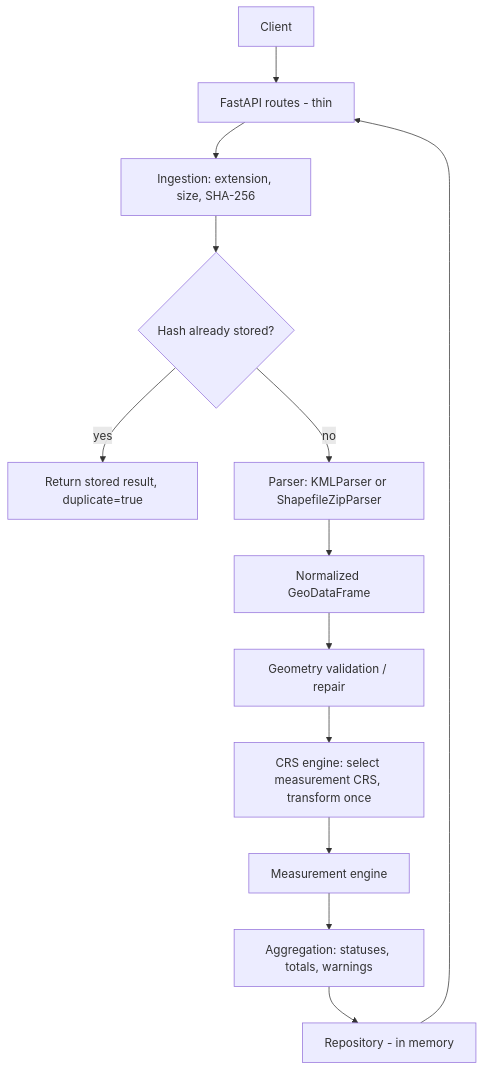
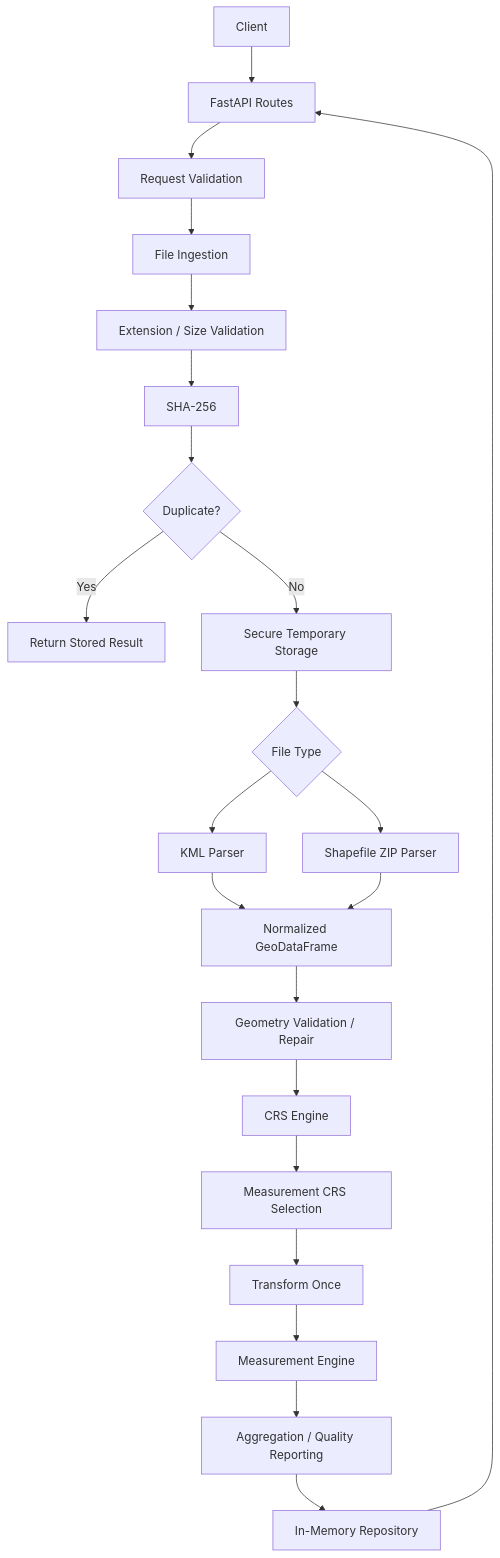
The diagram in README.md (Jass-pvt/geomeasure-api.jr), drawn with Mermaid before and after one commit. The commit also changed other lines of this file, not shown here.

````diff
--- a/README.md
+++ b/README.md
@@ -46,15 +91,29 @@
 ```mermaid
 flowchart TD
-    A[Client] --> B[FastAPI routes - thin]
-    B --> C[Ingestion: extension, size, SHA-256]
-    C --> D{Hash already stored?}
-    D -- yes --> R[Return stored result, duplicate=true]
-    D -- no --> E[Parser: KMLParser or ShapefileZipParser]
-    E --> F[Normalized GeoDataFrame]
-    F --> G[Geometry validation / repair]
-    G --> H[CRS engine: select measurement CRS, transform once]
-    H --> I[Measurement engine]
-    I --> J[Aggregation: statuses, totals, warnings]
-    J --> K[Repository - in memory]
-    K --> B
+    A[Client] --> B[FastAPI Routes]
+    B --> C[Request Validation]
+    C --> D[File Ingestion]
+    D --> E[Extension / Size Validation]
+    E --> F[SHA-256]
+    F --> G{Duplicate?}
+
+    G -- Yes --> R[Return Stored Result]
+    G -- No --> H[Secure Temporary Storage]
+
+    H --> I{File Type}
+    I --> J[KML Parser]
+    I --> K[Shapefile ZIP Parser]
+
+    J --> L[Normalized GeoDataFrame]
+    K --> L
+
+    L --> M[Geometry Validation / Repair]
+    M --> N[CRS Engine]
+    N --> O[Measurement CRS Selection]
+    O --> P[Transform Once]
+    P --> Q[Measurement Engine]
+
+    Q --> S[Aggregation / Quality Reporting]
+    S --> T[In-Memory Repository]
+    T --> B
 ```
````
